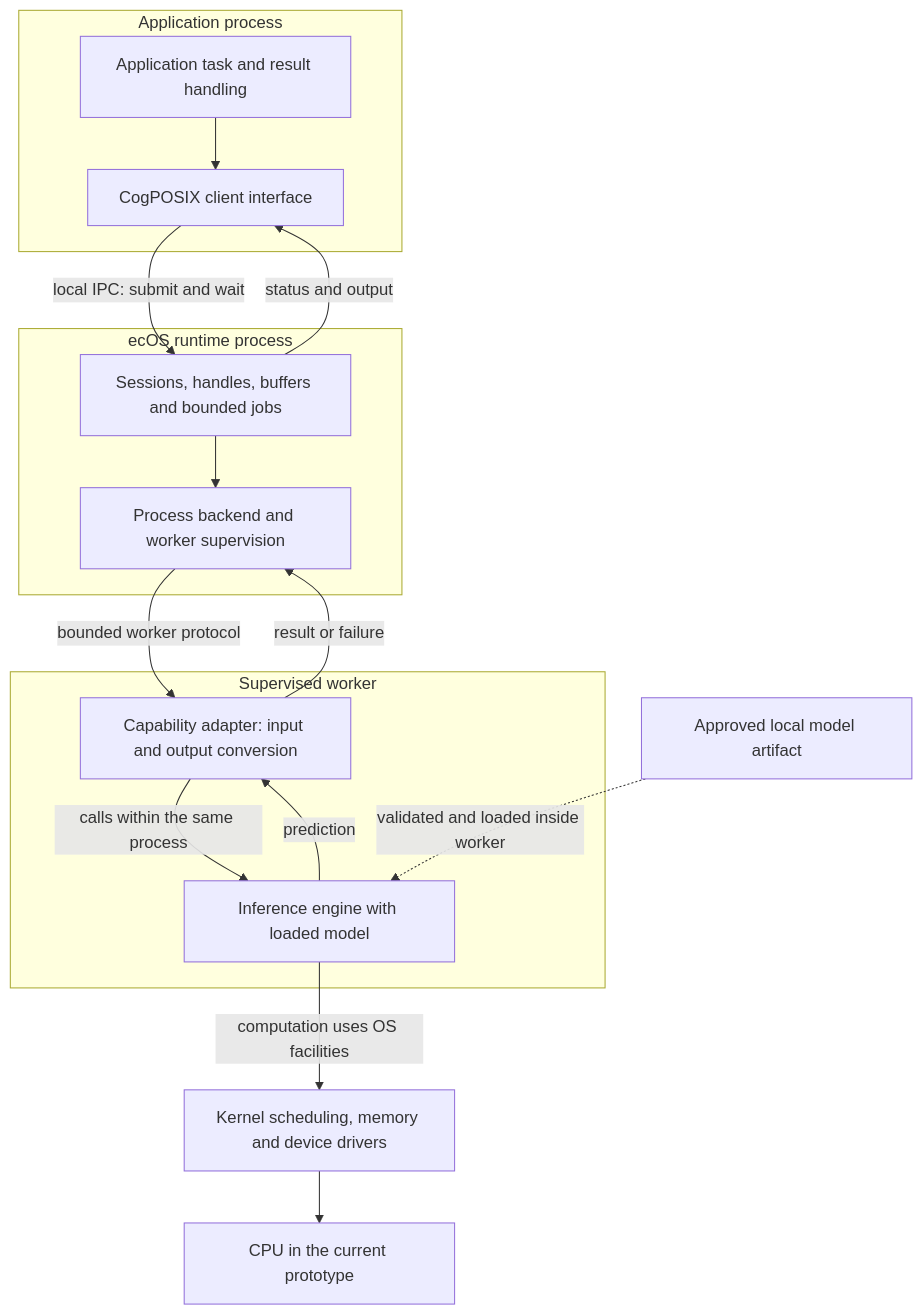
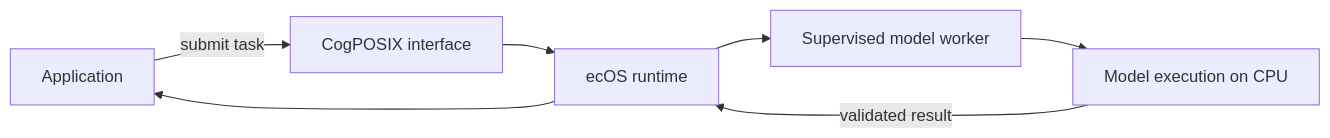
The second of 2 diagrams in README.md (logforce/ecosystem), drawn with Mermaid before and after one commit. The commit also changed other lines of this file and 1 other file, not shown here.

Commit message:
Clarify policy-controlled AI execution scope

````diff
--- a/README.md
+++ b/README.md
@@ -103,26 +126,9 @@
 ```mermaid
-flowchart TB
-    subgraph App["Application process"]
-        Task["Application task and result handling"]
-        API["CogPOSIX client interface"]
-        Task --> API
-    end
-    subgraph Daemon["ecOS runtime process"]
-        Core["Sessions, handles, buffers and bounded jobs"]
-        Backend["Process backend and worker supervision"]
-        Core --> Backend
-    end
-    subgraph Worker["Supervised worker"]
-        Adapter["Capability adapter: input and output conversion"]
-        Engine["Inference engine with loaded model"]
-        Adapter -->|"calls within the same process"| Engine
-        Engine -->|"prediction"| Adapter
-    end
-    API -->|"local IPC: submit and wait"| Core
-    Core -->|"status and output"| API
-    Backend -->|"bounded worker protocol"| Adapter
-    Adapter -->|"result or failure"| Backend
-    Model["Approved local model artifact"] -.->|"validated and loaded inside worker"| Engine
-    Engine -->|"computation uses OS facilities"| Kernel["Kernel scheduling, memory and device drivers"]
-    Kernel --> CPU["CPU in the current prototype"]
+flowchart LR
+    App["Application"] -->|"submit task"| API["CogPOSIX interface"]
+    API --> Runtime["ecOS runtime"]
+    Runtime --> Worker["Supervised model worker"]
+    Worker --> Engine["Model execution on CPU"]
+    Engine -->|"validated result"| Runtime
+    Runtime --> App
 ```
````
